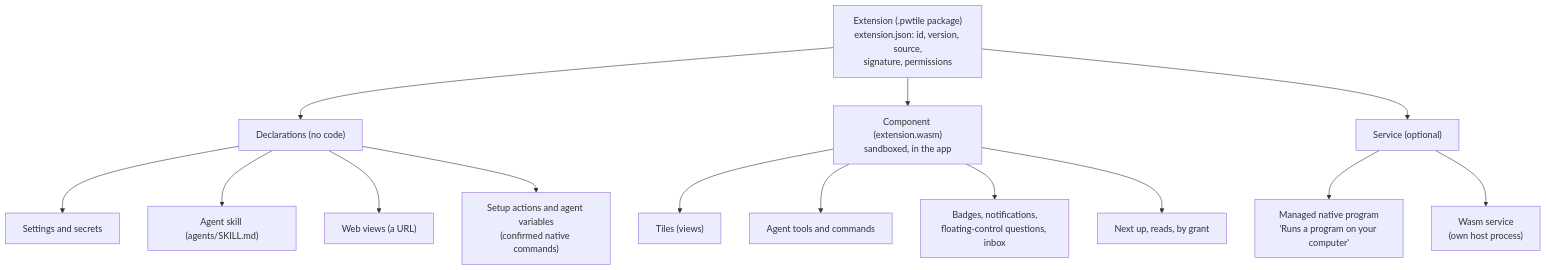
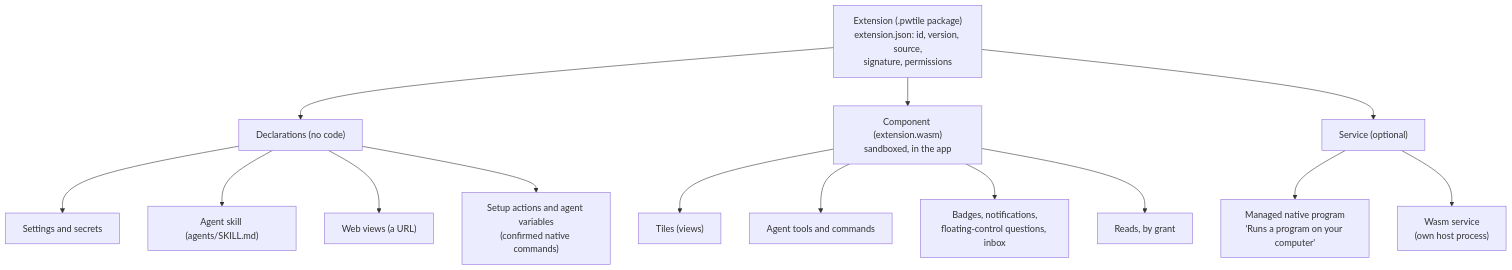
Before and after one commit to AleksandreJavakhishvili/pitwall: the diagram in docs/spec/tile-sdk/extension-model.md, drawn with Mermaid. The commit also changed other lines of this file and 10 other files, not shown here.

````diff
--- a/docs/spec/tile-sdk/extension-model.md
+++ b/docs/spec/tile-sdk/extension-model.md
@@ -55,17 +56,17 @@
 ```mermaid
 flowchart TB
   E["Extension (.pwtile package)<br/>extension.json: id, version, source,<br/>signature, permissions"]
   E --> D["Declarations (no code)"]
   E --> C["Component (extension.wasm)<br/>sandboxed, in the app"]
   E --> S["Service (optional)"]
   D --> D1["Settings and secrets"]
   D --> D2["Agent skill (agents/SKILL.md)"]
   D --> D3["Web views (a URL)"]
   D --> D4["Setup actions and agent variables<br/>(confirmed native commands)"]
   C --> C1["Tiles (views)"]
   C --> C2["Agent tools and commands"]
   C --> C3["Badges, notifications,<br/>floating-control questions, inbox"]
-  C --> C4["Next up, reads, by grant"]
+  C --> C4["Reads, by grant"]
   S --> S1["Managed native program<br/>'Runs a program on your computer'"]
   S --> S2["Wasm service<br/>(own host process)"]
 ```
````
